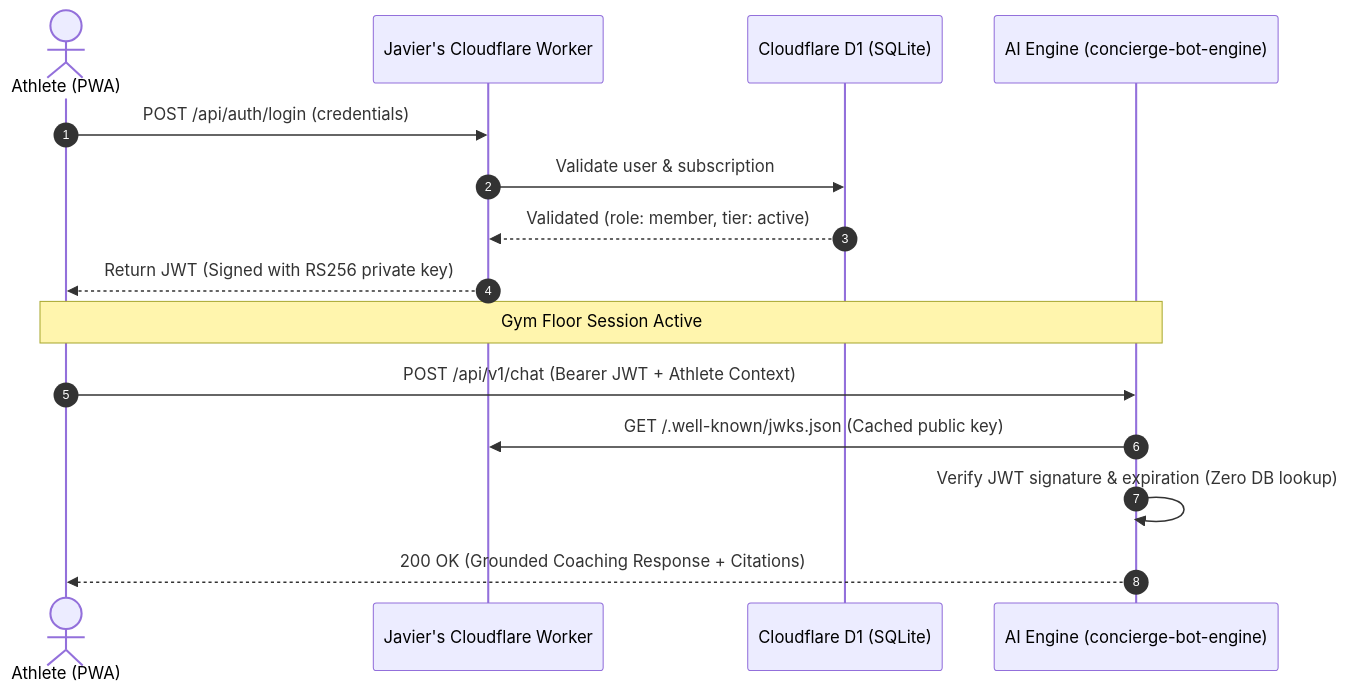
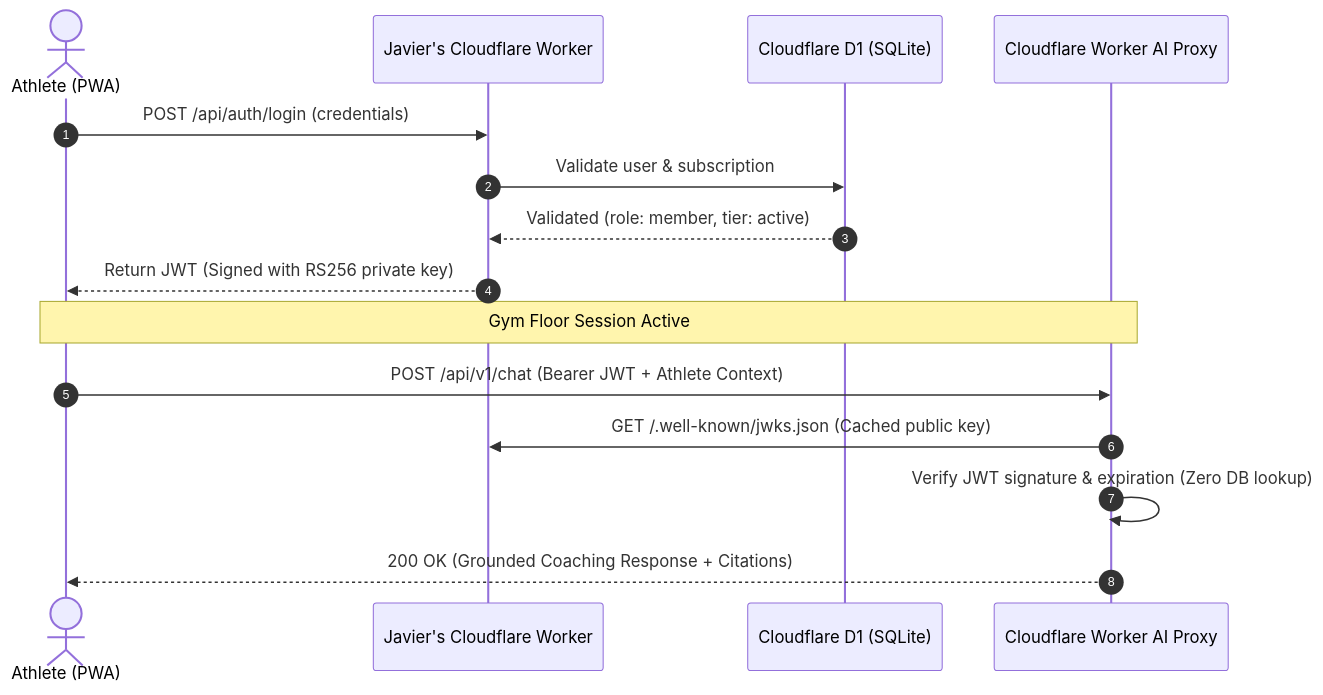
One commit to Bulachak/small-goods-gym changed the second of 2 diagrams in docs/09-javier-hardware-and-ai-integration-guide.md. Above: the diagram before and after it, drawn with Mermaid. The commit also changed other lines of this file and 12 other files, not shown here.

````diff
--- a/docs/09-javier-hardware-and-ai-integration-guide.md
+++ b/docs/09-javier-hardware-and-ai-integration-guide.md
@@ -79,19 +79,19 @@
 ```mermaid
 sequenceDiagram
     autonumber
     actor Athlete as Athlete (PWA)
     participant CF as Javier's Cloudflare Worker
     participant DB as Cloudflare D1 (SQLite)
-    participant AI as AI Engine (concierge-bot-engine)
+    participant AI as Cloudflare Worker AI Proxy
 
     Athlete->>CF: POST /api/auth/login (credentials)
     CF->>DB: Validate user & subscription
     DB-->>CF: Validated (role: member, tier: active)
     CF-->>Athlete: Return JWT (Signed with RS256 private key)
 
     Note over Athlete,AI: Gym Floor Session Active
     Athlete->>AI: POST /api/v1/chat (Bearer JWT + Athlete Context)
     AI->>CF: GET /.well-known/jwks.json (Cached public key)
     AI->>AI: Verify JWT signature & expiration (Zero DB lookup)
     AI-->>Athlete: 200 OK (Grounded Coaching Response + Citations)
 ```
````
